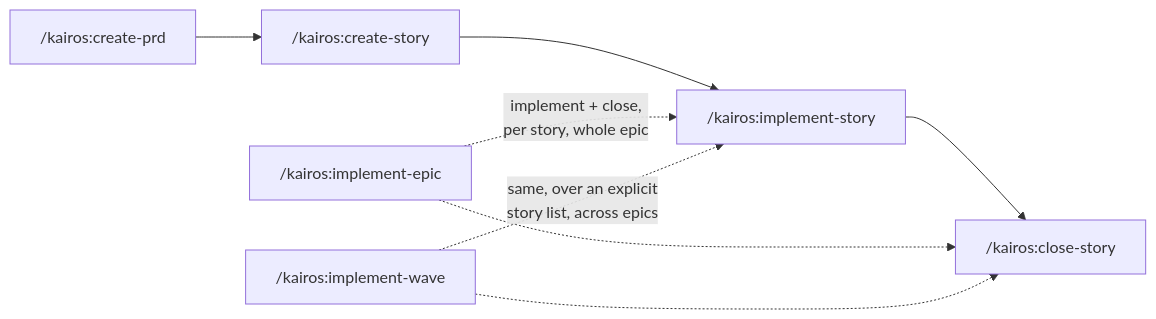
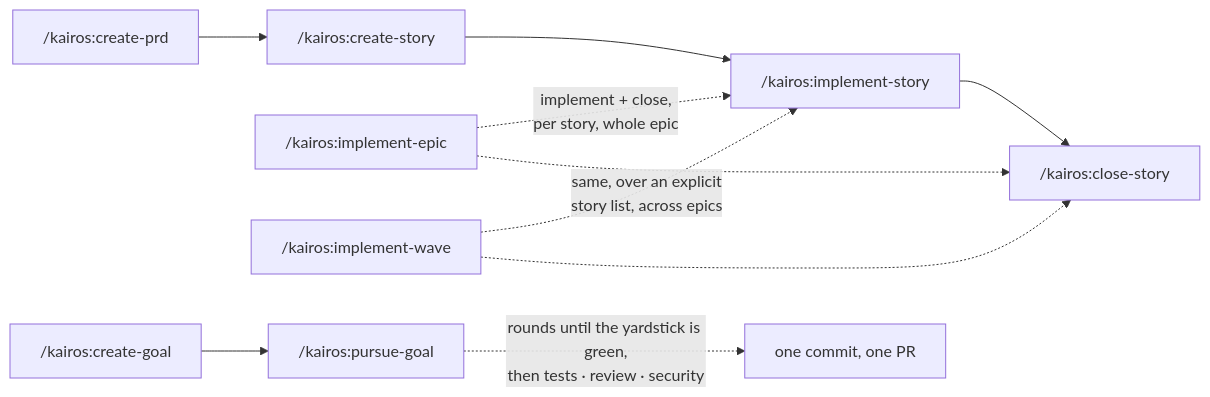
The diagram in README.md (sylvain-artois/kairos-claude-code-workflow), drawn with Mermaid before and after one commit. The commit also changed other lines of this file and 11 other files, not shown here.

First line of the commit message:
docs: announce the goal flow, review every doc, add tips and the public backlog

````diff
--- a/README.md
+++ b/README.md
@@ -36,10 +51,12 @@
 ```mermaid
 flowchart LR
     A["/kairos:create-prd"] --> B["/kairos:create-story"]
     B --> C["/kairos:implement-story"]
     C --> D["/kairos:close-story"]
     E["/kairos:implement-epic"] -. "implement + close,<br/>per story, whole epic" .-> C
     E -.-> D
     F["/kairos:implement-wave"] -. "same, over an explicit<br/>story list, across epics" .-> C
     F -.-> D
+    G["/kairos:create-goal"] --> H["/kairos:pursue-goal"]
+    H -. "rounds until the yardstick is green,<br/>then tests · review · security" .-> I["one commit, one PR"]
 ```
````
